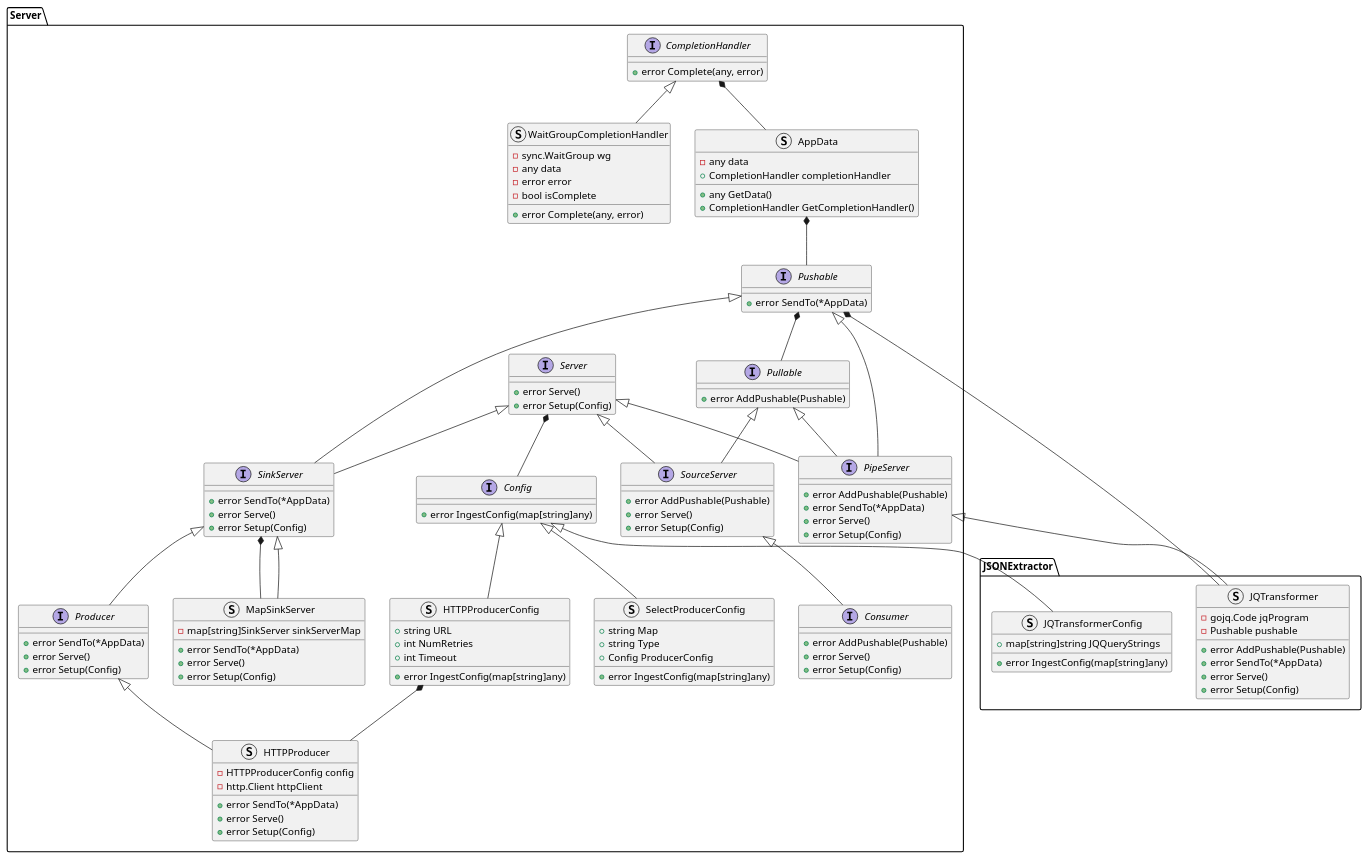
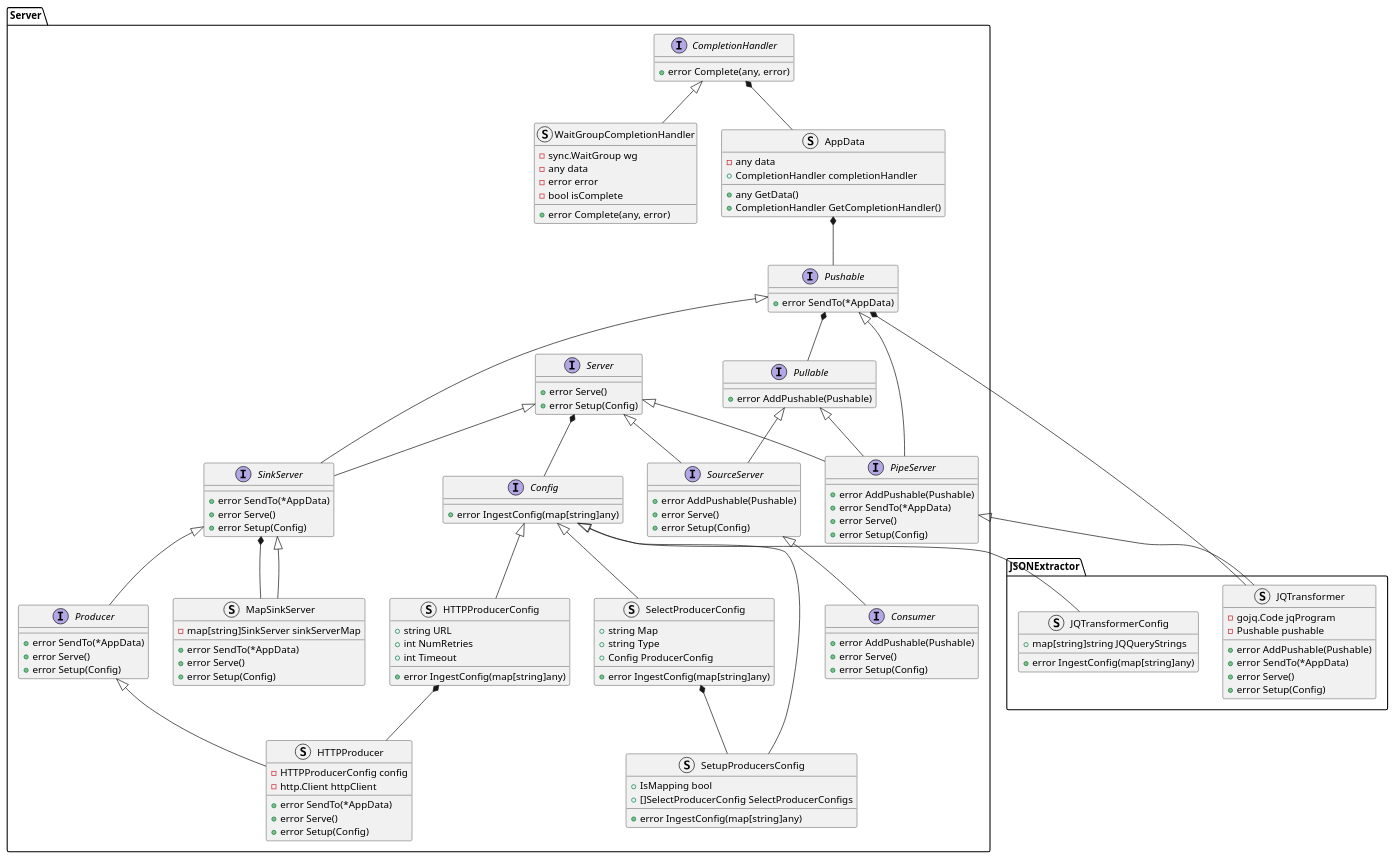
The diagram in docs/design_notes/DN1_JSON_Extractor/class_diagram.puml (xtuml/otel2pv), drawn with PlantUML before and after one commit. The commit also changed 3 other files, not shown here.

First line of the commit message:
Cdsopv 83 create setup producers config (#42)

```diff
--- a/docs/design_notes/DN1_JSON_Extractor/class_diagram.puml
+++ b/docs/design_notes/DN1_JSON_Extractor/class_diagram.puml
@@ -1,125 +1,132 @@
 @startuml
 namespace JSONExtractor {
     struct JQTransformerConfig {
         +map[string]string JQQueryStrings
         +error IngestConfig(map[string]any)
     }
     struct JQTransformer {
         -gojq.Code jqProgram
         -Pushable pushable
         +error AddPushable(Pushable)
         +error SendTo(*AppData)
         +error Serve()
         +error Setup(Config)
     }
 }
 namespace Server {
     interface CompletionHandler {
         +error Complete(any, error)
     }
     struct WaitGroupCompletionHandler {
         -sync.WaitGroup wg
         -any data
         -error error
         -bool isComplete
         +error Complete(any, error)
     }
     struct AppData {
         -any data
         +CompletionHandler completionHandler
         +any GetData()
         +CompletionHandler GetCompletionHandler()
     }
     interface Server {
         +error Serve()
         +error Setup(Config)
     }
     interface Pullable {
         +error AddPushable(Pushable)
     }
     interface Pushable {
         +error SendTo(*AppData)
     }
     interface SourceServer {
         +error AddPushable(Pushable)
         +error Serve()
         +error Setup(Config)
     }
     interface SinkServer {
         +error SendTo(*AppData)
         +error Serve()
         +error Setup(Config)
     }
     interface PipeServer {
         +error AddPushable(Pushable)
         +error SendTo(*AppData)
         +error Serve()
         +error Setup(Config)
     }
     interface Producer {
         +error SendTo(*AppData)
         +error Serve()
         +error Setup(Config)
     }
     struct HTTPProducer {
         -HTTPProducerConfig config
         -http.Client httpClient
         +error SendTo(*AppData)
         +error Serve()
         +error Setup(Config)
     }
     interface Consumer {
         +error AddPushable(Pushable)
         +error Serve()
         +error Setup(Config)
     }
     struct MapSinkServer {
         -map[string]SinkServer sinkServerMap
         +error SendTo(*AppData)
         +error Serve()
         +error Setup(Config)
     }
     interface Config {
         +error IngestConfig(map[string]any)
     }
     struct HTTPProducerConfig {
         +string URL
         +int NumRetries
         +int Timeout
         +error IngestConfig(map[string]any)
     }
     struct SelectProducerConfig {
         +string Map
         +string Type
         +Config ProducerConfig
         +error IngestConfig(map[string]any)
     }
+    struct SetupProducersConfig {
+        +IsMapping bool
+        +[]SelectProducerConfig SelectProducerConfigs
+        +error IngestConfig(map[string]any)
+    }
 }
 Server.CompletionHandler <|-- Server.WaitGroupCompletionHandler
 Server.CompletionHandler *-- Server.AppData
 Server.AppData *-- Server.Pushable
 Server.Server <|-- Server.SourceServer
 Server.Pushable *-- Server.Pullable
 Server.Pullable <|-- Server.SourceServer
 Server.Server <|-- Server.SinkServer
 Server.Pushable <|-- Server.SinkServer
 Server.Pushable <|-- Server.PipeServer
 Server.Pullable <|-- Server.PipeServer
 Server.Server <|-- Server.PipeServer
 
 Server.SinkServer <|-- Server.Producer
 Server.SinkServer *-- Server.MapSinkServer
 Server.SinkServer <|-- Server.MapSinkServer
 Server.SourceServer <|-- Server.Consumer
 
 Server.PipeServer <|-- JSONExtractor.JQTransformer
 Server.Pushable *-- JSONExtractor.JQTransformer
 
 
 Server.Server *-- Server.Config
 Server.Config <|-- JSONExtractor.JQTransformerConfig
 Server.Config <|-- Server.HTTPProducerConfig
 Server.Config <|-- Server.SelectProducerConfig
+Server.Config <|-- Server.SetupProducersConfig
+Server.SelectProducerConfig *-- Server.SetupProducersConfig
 Server.Producer <|-- Server.HTTPProducer
 Server.HTTPProducerConfig *-- Server.HTTPProducer
 @enduml
```
